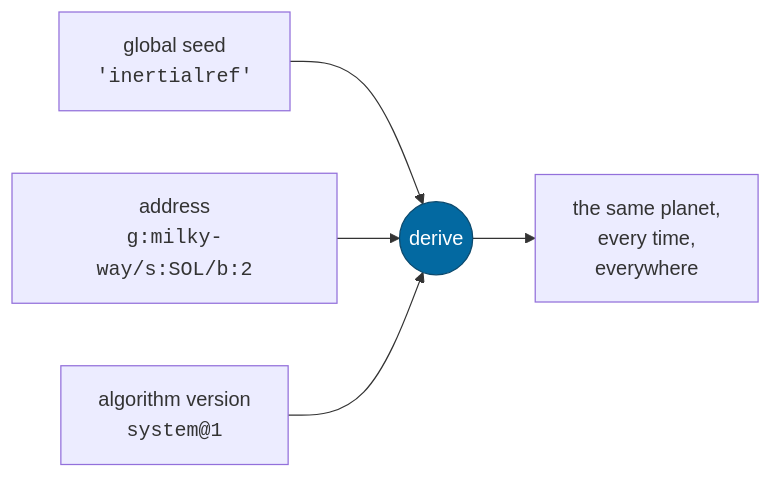
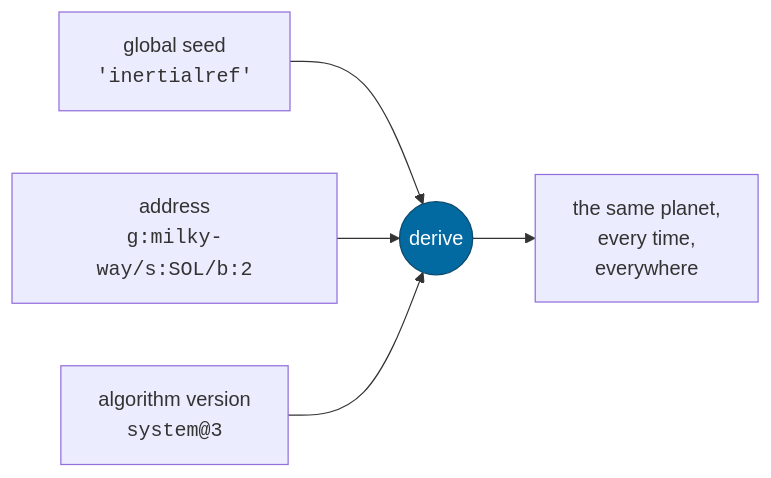
The fifth of 6 diagrams in docs/architecture.md (jonjaques/inertialref), drawn with Mermaid before and after one commit. The commit also changed other lines of this file and 125 other files, not shown here.

````diff
--- a/docs/architecture.md
+++ b/docs/architecture.md
@@ -219,15 +219,15 @@
 ```mermaid
 flowchart LR
     SEED["global seed<br/><code>'inertialref'</code>"]
     ADDR["address<br/><code>g:milky-way/s:SOL/b:2</code>"]
-    VER["algorithm version<br/><code>system@1</code>"]
+    VER["algorithm version<br/><code>system@3</code>"]
     GEN(("derive"))
     OUT["the same planet,<br/>every time,<br/>everywhere"]
 
     SEED --> GEN
     ADDR --> GEN
     VER --> GEN
     GEN --> OUT
 
     style GEN fill:#0369a1,stroke:#0c4a6e,color:#fff
 ```
````
